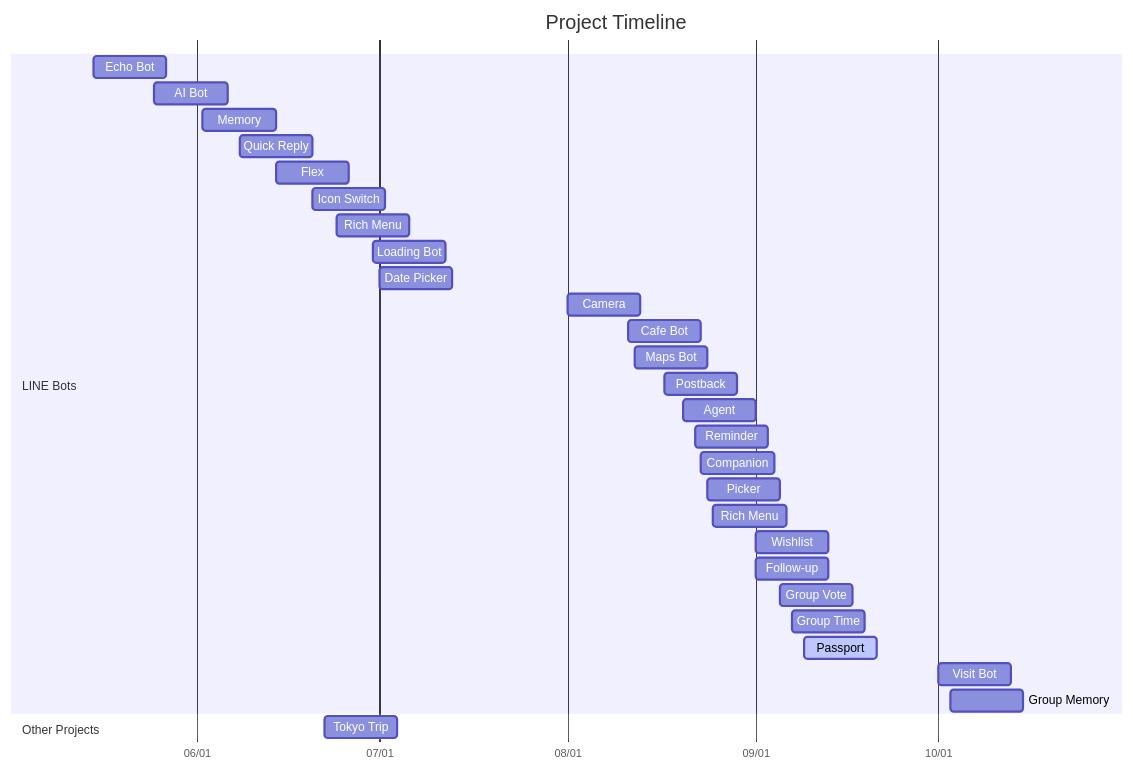
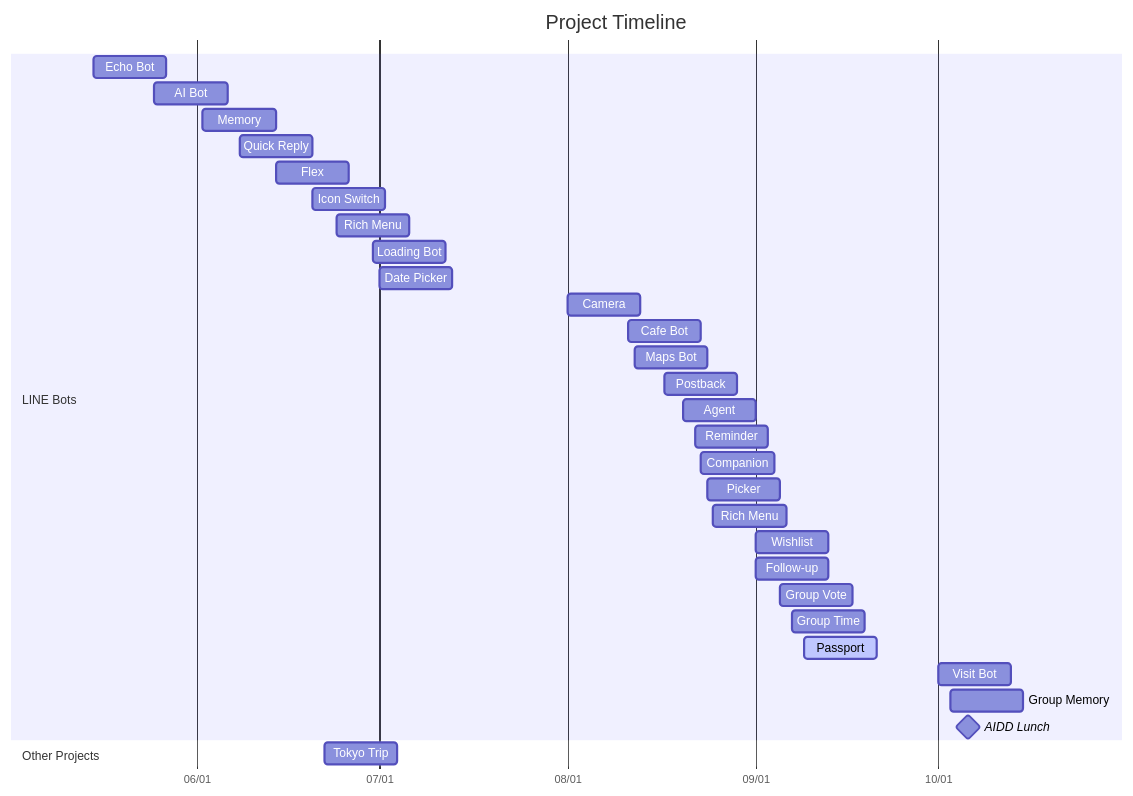
One commit to zonawang/zona-ai-learning-lab changed the diagram in README.md. Above: the diagram before and after it, drawn with Mermaid. The commit also changed other lines of this file, not shown here.

Commit message:
docs: add AIDD lunch bot learning milestone

````diff
--- a/README.md
+++ b/README.md
@@ -16,37 +17,38 @@
 ```mermaid
 %%{init: {"gantt": {"rightPadding": 180}}}%%
 gantt
     title Project Timeline
     dateFormat YYYY-MM-DD
     axisFormat %m/%d
 
     section LINE Bots
     Echo Bot      :p1, 2026-05-15, 12d
     AI Bot        :p2, 2026-05-25, 12d
     Memory        :p3, 2026-06-02, 12d
     Quick Reply   :p4, 2026-06-08, 12d
     Flex          :p5, 2026-06-14, 12d
     Icon Switch   :p6, 2026-06-20, 12d
     Rich Menu     :p8, 2026-06-24, 12d
     Loading Bot   :p9, 2026-06-30, 12d
     Date Picker   :p10, 2026-07-01, 12d
     Camera        :p11, 2026-08-01, 12d
     Cafe Bot      :p12, 2026-08-11, 12d
     Maps Bot      :p13, 2026-08-12, 12d
     Postback      :p14, 2026-08-17, 12d
     Agent         :p15, 2026-08-20, 12d
     Reminder      :p16, 2026-08-22, 12d
     Companion     :p17, 2026-08-23, 12d
     Picker        :p18, 2026-08-24, 12d
     Rich Menu     :p19, 2026-08-25, 12d
     Wishlist      :p20, 2026-09-01, 12d
     Follow-up     :p21, 2026-09-01, 12d
     Group Vote    :p22, 2026-09-05, 12d
     Group Time    :p23, 2026-09-07, 12d
     Passport      :active, p24, 2026-09-09, 12d
     Visit Bot     :p25, 2026-10-01, 12d
     Group Memory  :p26, 2026-10-03, 12d
+    AIDD Lunch    :milestone, p27, 2026-10-06, 0d
 
     section Other Projects
     Tokyo Trip    :p7, 2026-06-22, 12d
 ```
````
